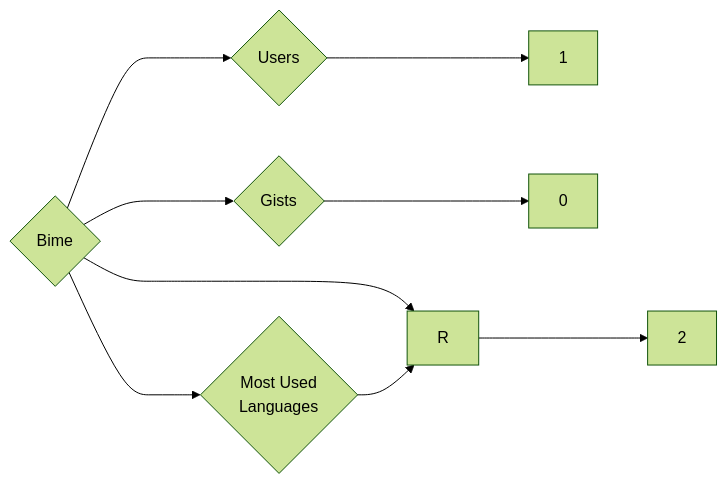
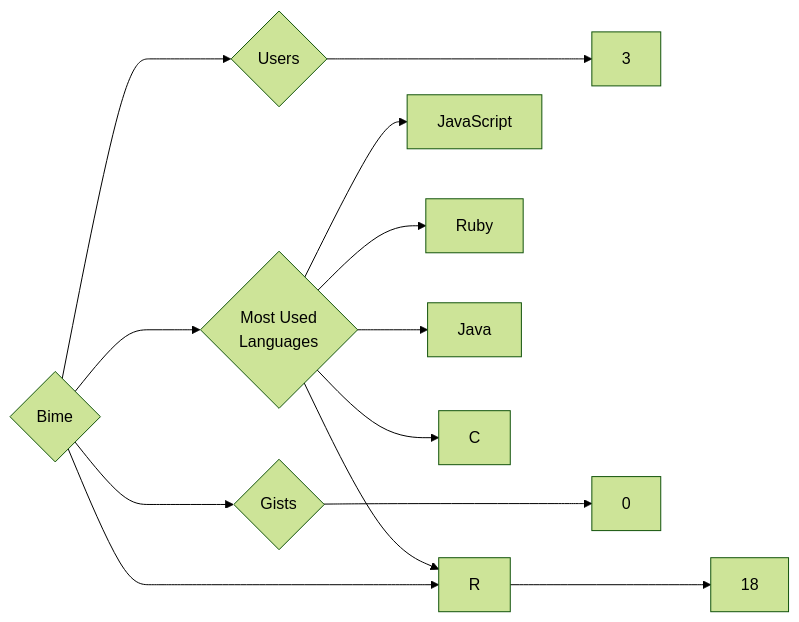
One commit to trickest/insiders changed the diagram in targets/Bime/README.md. Above: the diagram before and after it, drawn with Mermaid (forest theme). The commit also changed 916 other files, not shown here.

````diff
--- a/targets/Bime/README.md
+++ b/targets/Bime/README.md
@@ -3,9 +3,13 @@
 ```mermaid
 graph LR
 COMPANY_NAME{Bime}
-COMPANY_NAME ---> U{Users} ---> UN[1]
-COMPANY_NAME ---> R{Repositories} ---> RN[2]
+COMPANY_NAME ---> U{Users} ---> UN[3]
+COMPANY_NAME ---> R{Repositories} ---> RN[18]
 COMPANY_NAME ---> G{Gists} ---> GN[0]
 COMPANY_NAME ---> ML{Most Used<br>Languages}
+ML --> JavaScript[JavaScript]
+ML --> Ruby[Ruby]
 ML --> R[R]
+ML --> Java[Java]
+ML --> C[C]
 ```
````
